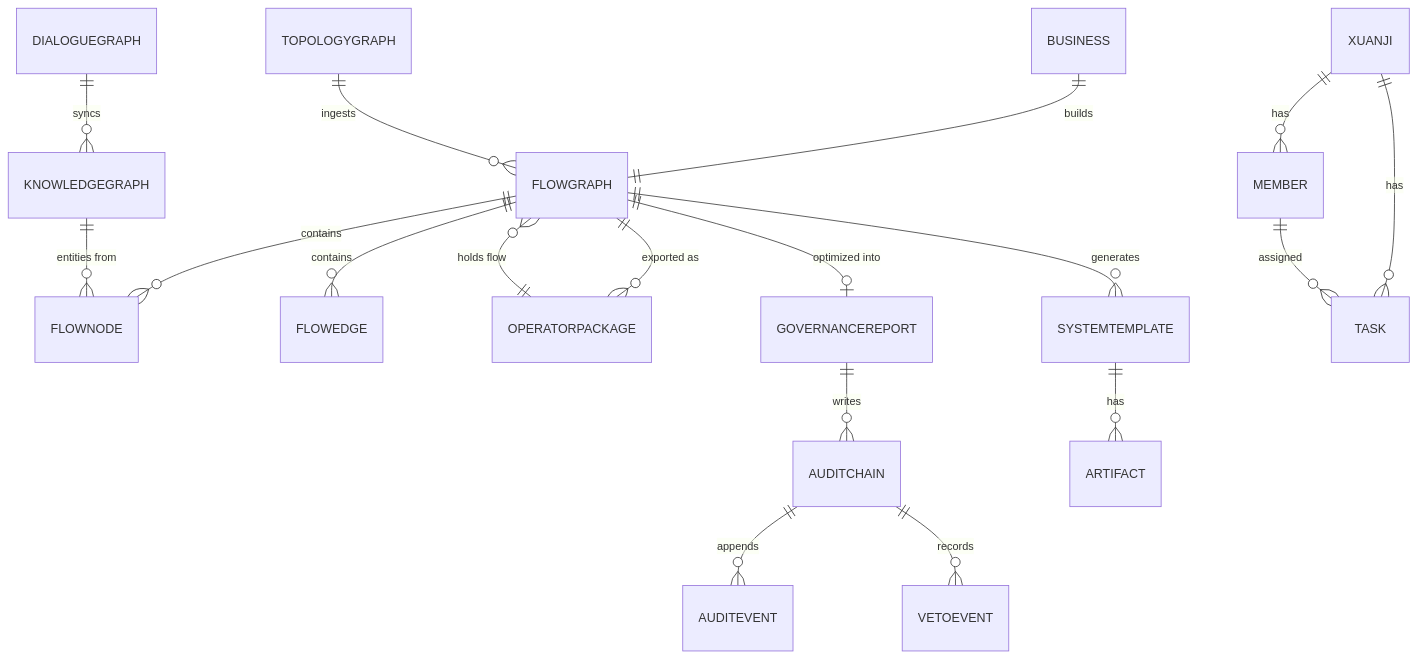
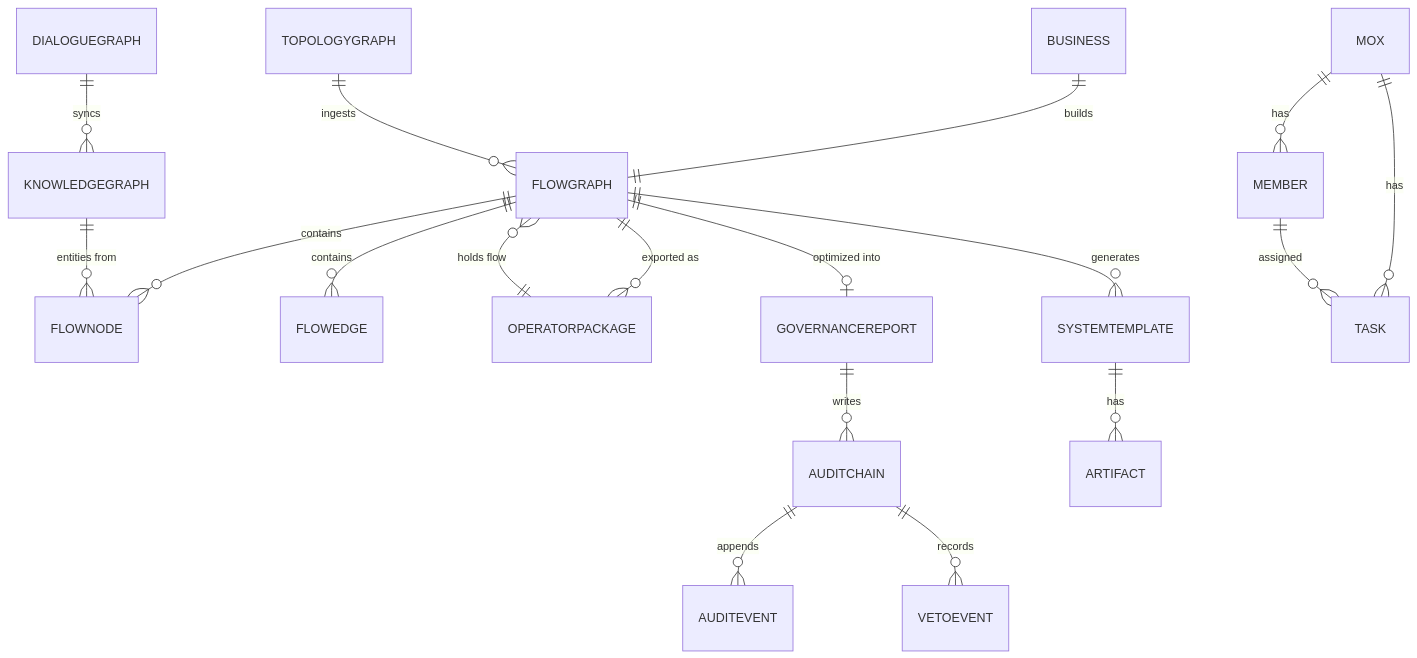
The second of 2 diagrams in docs/specs/OUS-业务功能规划与架构数据关系分析.md (aikjx/mox), drawn with Mermaid before and after one commit. The commit also changed other lines of this file and 560 other files, not shown here.

Commit message:
chore(docs): 将 xuanji 重命名为 mox

````diff
--- a/docs/specs/OUS-业务功能规划与架构数据关系分析.md
+++ b/docs/specs/OUS-业务功能规划与架构数据关系分析.md
@@ -244,20 +244,20 @@
 ```mermaid
 erDiagram
   FLOWGRAPH ||--o{ FLOWNODE : contains
   FLOWGRAPH ||--o{ FLOWEDGE : contains
   FLOWGRAPH ||--o{ OPERATORPACKAGE : "exported as"
   FLOWGRAPH ||--o{ SYSTEMTEMPLATE : "generates"
   FLOWGRAPH ||--o| GOVERNANCEREPORT : "optimized into"
   GOVERNANCEREPORT ||--o{ AUDITCHAIN : writes
   AUDITCHAIN ||--o{ AUDITEVENT : appends
   AUDITCHAIN ||--o{ VETOEVENT : records
   BUSINESS ||--|| FLOWGRAPH : "builds"
   TOPOLOGYGRAPH ||--o{ FLOWGRAPH : "ingests"
   DIALOGUEGRAPH ||--o{ KNOWLEDGEGRAPH : "syncs"
   KNOWLEDGEGRAPH ||--o{ FLOWNODE : "entities from"
   OPERATORPACKAGE ||--o{ FLOWGRAPH : "holds flow"
   SYSTEMTEMPLATE ||--o{ ARTIFACT : "has"
-  XUANJI ||--o{ MEMBER : has
-  XUANJI ||--o{ TASK : has
+  MOX ||--o{ MEMBER : has
+  MOX ||--o{ TASK : has
   MEMBER ||--o{ TASK : assigned
 ```
````
